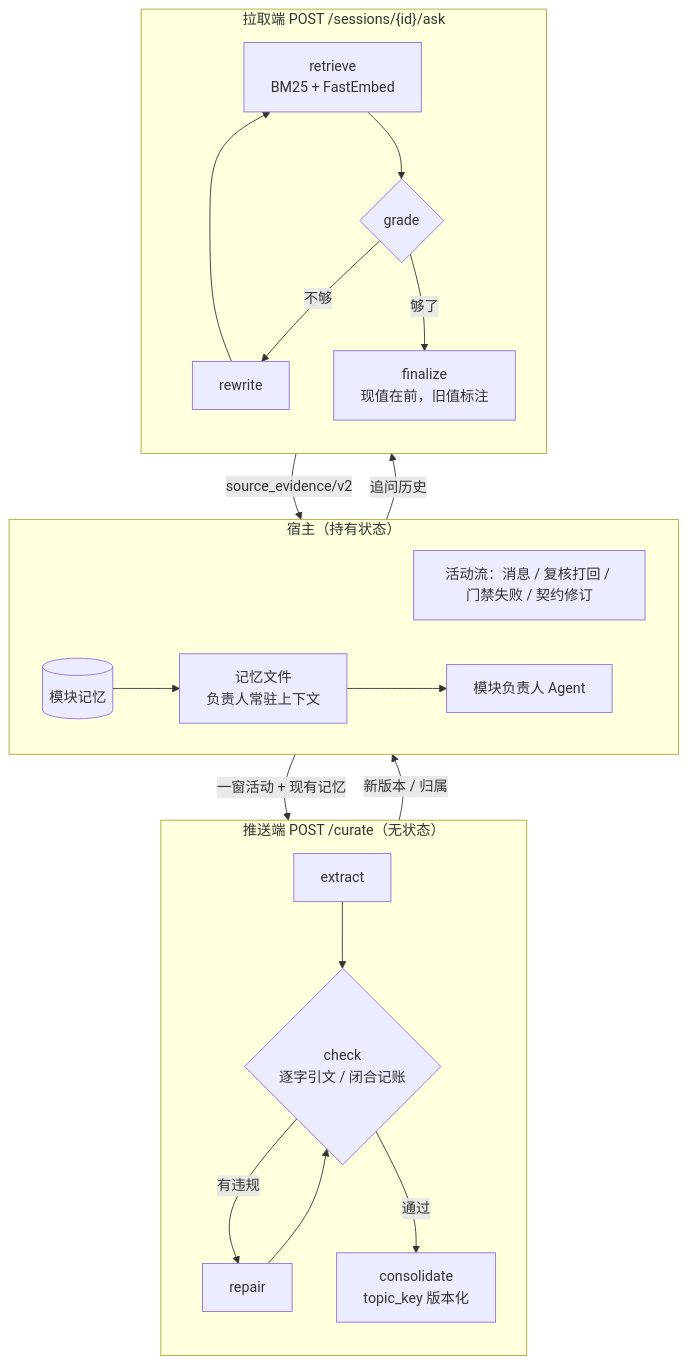
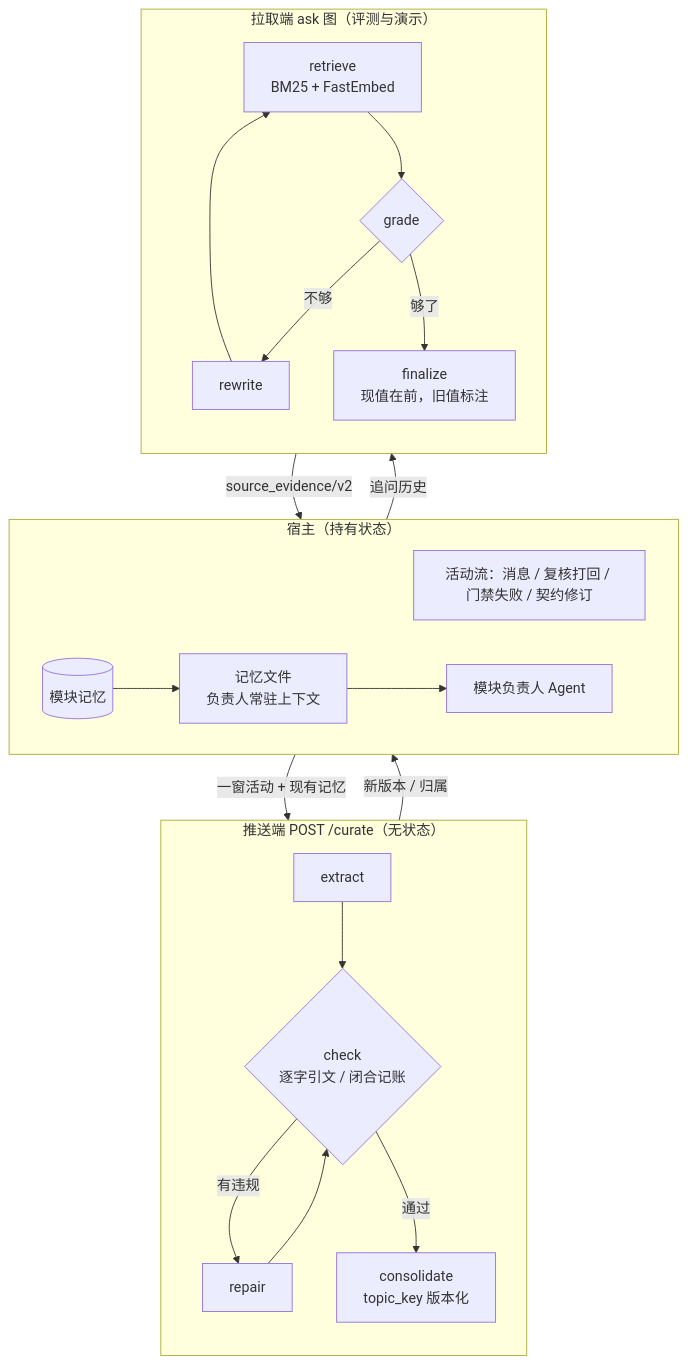
The diagram in README.md (iiyazu/MemryOS-lite), drawn with Mermaid before and after one commit. The commit also changed other lines of this file and 25 other files, not shown here.

````diff
--- a/README.md
+++ b/README.md
@@ -38,26 +38,26 @@
 ```mermaid
 flowchart TB
   subgraph Host["宿主（持有状态）"]
     direction LR
     A[活动流：消息 / 复核打回 / 门禁失败 / 契约修订]
     M[(模块记忆)]
     F[记忆文件<br/>负责人常驻上下文]
     O[模块负责人 Agent]
   end
   subgraph Push["推送端 POST /curate（无状态）"]
     direction TB
     E[extract] --> C{check<br/>逐字引文 / 闭合记账}
     C -- 有违规 --> R[repair] --> C
     C -- 通过 --> K[consolidate<br/>topic_key 版本化]
   end
-  subgraph Pull["拉取端 POST /sessions/{id}/ask"]
+  subgraph Pull["拉取端 ask 图（评测与演示）"]
     direction TB
     Q[retrieve<br/>BM25 + FastEmbed] --> G{grade}
     G -- 不够 --> W[rewrite] --> Q
     G -- 够了 --> Z[finalize<br/>现值在前，旧值标注]
   end
   A -- 一窗活动 + 现有记忆 --> E
   K -- 新版本 / 归属 --> M --> F --> O
   O -- 追问历史 --> Q
   Z -- source_evidence/v2 --> O
 ```
````
